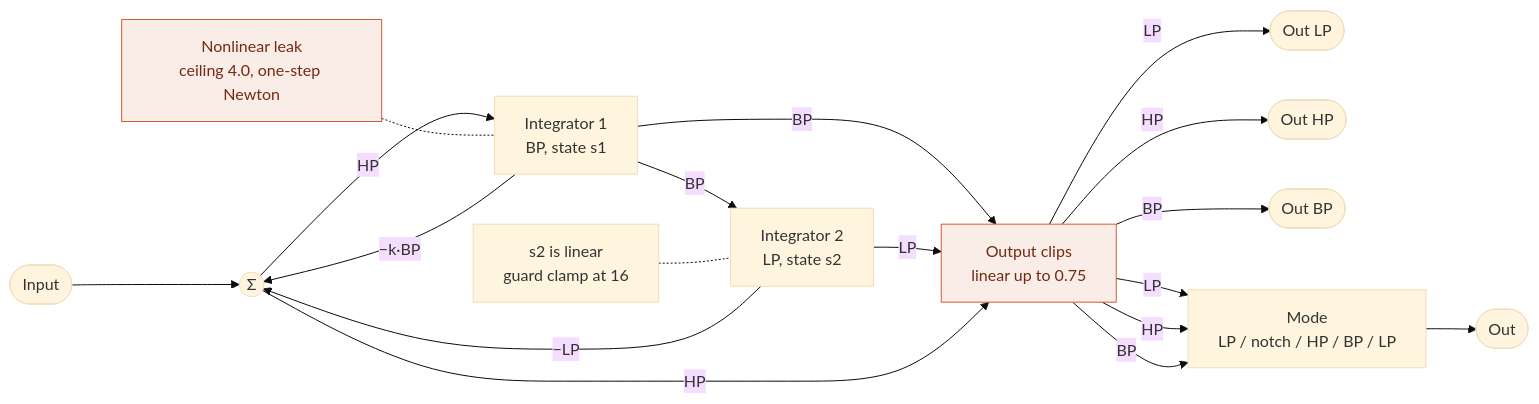
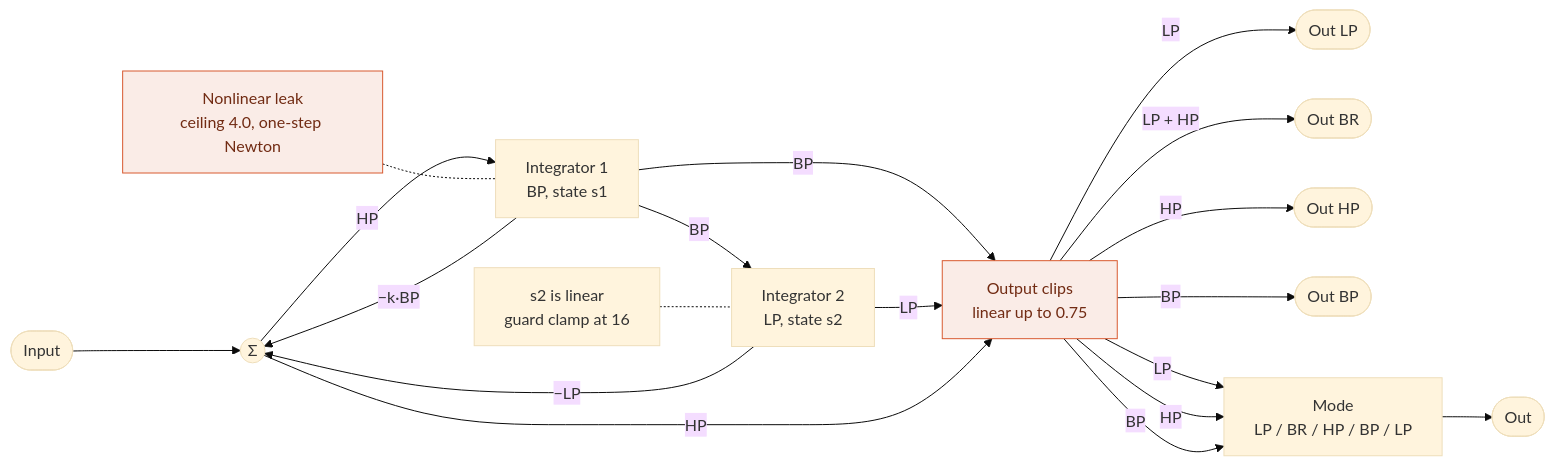
One commit to risgk/midi_synthesizer_spms1 changed the first of 5 diagrams in spms1_type2/spms1_patching.md. Above: the diagram before and after it, drawn with Mermaid (base theme). The commit also changed other lines of this file and 11 other files, not shown here.

First line of the commit message:
type-2: Filters: Out BR, and Mode with BR (the band reject) instead of Notch

````diff
--- a/spms1_type2/spms1_patching.md
+++ b/spms1_type2/spms1_patching.md
@@ -106,22 +107,23 @@
 ```mermaid
 flowchart LR
   IN([Input]) --> SUM((Σ))
   SUM -->|HP| I1["Integrator 1<br/>BP, state s1"]
   I1 -->|BP| OC
   I1 -->|BP| I2["Integrator 2<br/>LP, state s2"]
   I2 -->|LP| OC["Output clips<br/>linear up to 0.75"]
   SUM -->|HP| OC
   OC -->|LP| OUT_LP([Out LP])
+  OC -->|LP + HP| OUT_BR([Out BR])
   OC -->|HP| OUT_HP([Out HP])
   OC -->|BP| OUT_BP([Out BP])
-  OC -->|LP| XF["Mode<br/>LP / notch / HP / BP / LP"]
+  OC -->|LP| XF["Mode<br/>LP / BR / HP / BP / LP"]
   OC -->|HP| XF
   OC -->|BP| XF
   XF --> OUT([Out])
   SC["Nonlinear leak<br/>ceiling 4.0, one-step Newton"] -.- I1
   L2["s2 is linear<br/>guard clamp at 16"] -.- I2
   I1 -->|"−k·BP"| SUM
   I2 -->|"−LP"| SUM
   classDef nl fill:#FAECE7,stroke:#D85A30,color:#712B13
   class SC,OC nl
 ```
````
